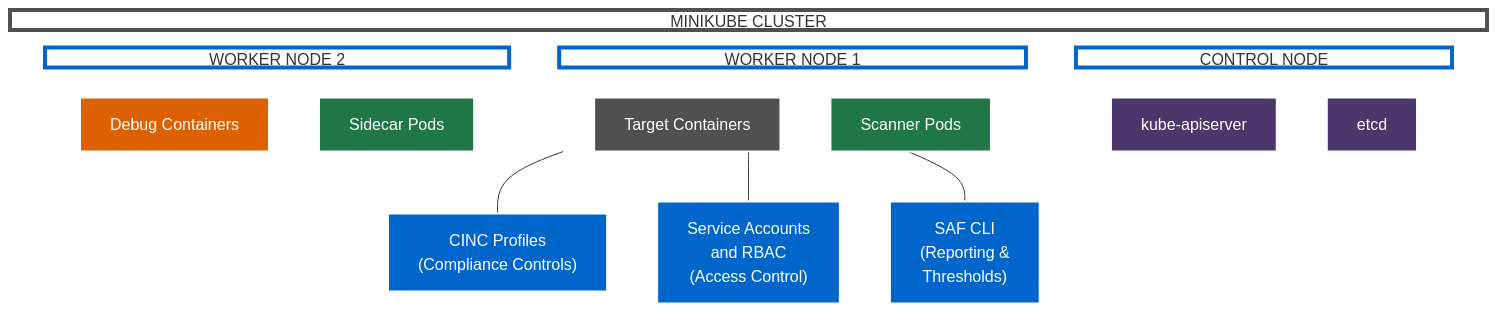
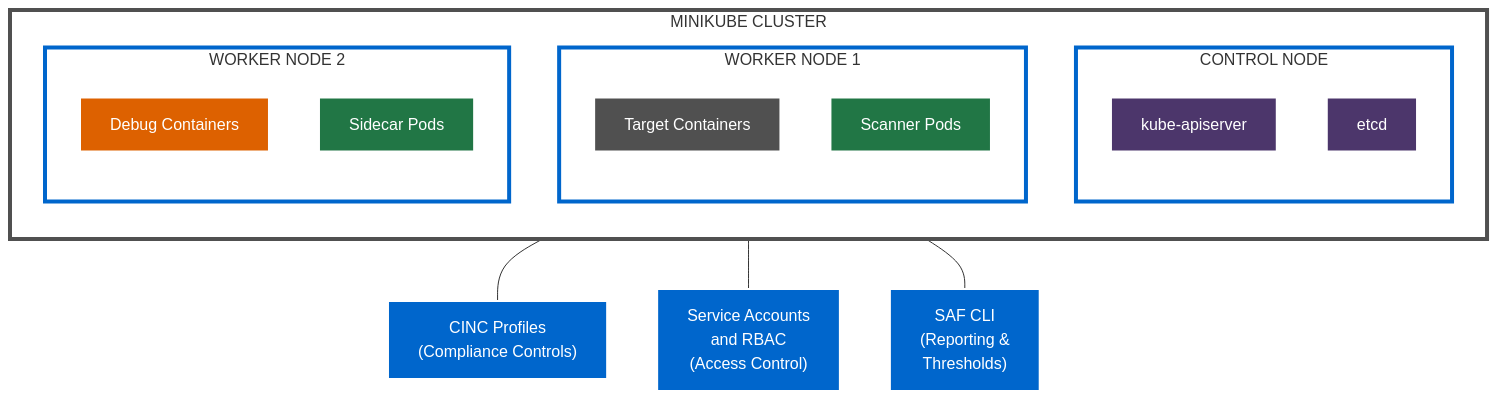
Before and after one commit to mitre/kube-secure-scanner: the first of 10 diagrams in docs/overview/mermaid-diagrams.md, drawn with Mermaid. The commit also changed other lines of this file and 1 other file, not shown here.

First line of the commit message:
Fix all diagram containment issues and add documentation

````diff
--- a/docs/overview/mermaid-diagrams.md
+++ b/docs/overview/mermaid-diagrams.md
@@ -7,48 +7,45 @@
 ```mermaid
 flowchart TD
     subgraph MiniKubeCluster["MINIKUBE CLUSTER"]
         direction TB
         subgraph ControlNode["CONTROL NODE"]
             direction TB
             apiserver["kube-apiserver"]
             etcd["etcd"]
         end
         
         subgraph WorkerNode1["WORKER NODE 1"]
             direction TB
             containers["Target Containers"]
             scanner_pods["Scanner Pods"]
         end
         
         subgraph WorkerNode2["WORKER NODE 2"]
             direction TB
             debug_containers["Debug Containers"]
             sidecar_pods["Sidecar Pods"]
         end
     end
     
     MiniKubeCluster --- cinc["CINC Profiles\n(Compliance Controls)"]
     MiniKubeCluster --- rbac["Service Accounts\nand RBAC\n(Access Control)"]
     MiniKubeCluster --- saf["SAF CLI\n(Reporting &\nThresholds)"]
     
     %% WCAG-compliant styling for subgraph labels - works in both light/dark
     style MiniKubeCluster fill:none,stroke:#505050,stroke-width:4px
     style ControlNode fill:none,stroke:#0066CC,stroke-width:4px
     style WorkerNode1 fill:none,stroke:#0066CC,stroke-width:4px
     style WorkerNode2 fill:none,stroke:#0066CC,stroke-width:4px
     
     %% Component styling
     style apiserver fill:#4C366B,stroke:#FFFFFF,stroke-width:2px,color:#FFFFFF
     style etcd fill:#4C366B,stroke:#FFFFFF,stroke-width:2px,color:#FFFFFF
     style containers fill:#505050,stroke:#FFFFFF,stroke-width:2px,color:#FFFFFF
     style scanner_pods fill:#217645,stroke:#FFFFFF,stroke-width:2px,color:#FFFFFF
     style debug_containers fill:#DD6100,stroke:#FFFFFF,stroke-width:2px,color:#FFFFFF
     style sidecar_pods fill:#217645,stroke:#FFFFFF,stroke-width:2px,color:#FFFFFF
     style cinc fill:#0066CC,stroke:#FFFFFF,stroke-width:2px,color:#FFFFFF
     style rbac fill:#0066CC,stroke:#FFFFFF,stroke-width:2px,color:#FFFFFF
     style saf fill:#0066CC,stroke:#FFFFFF,stroke-width:2px,color:#FFFFFF
 
-    %% Add more vertical space
-    classDef space height:20px;
-    class MiniKubeCluster,ControlNode,WorkerNode1,WorkerNode2 space;
 ```
````
